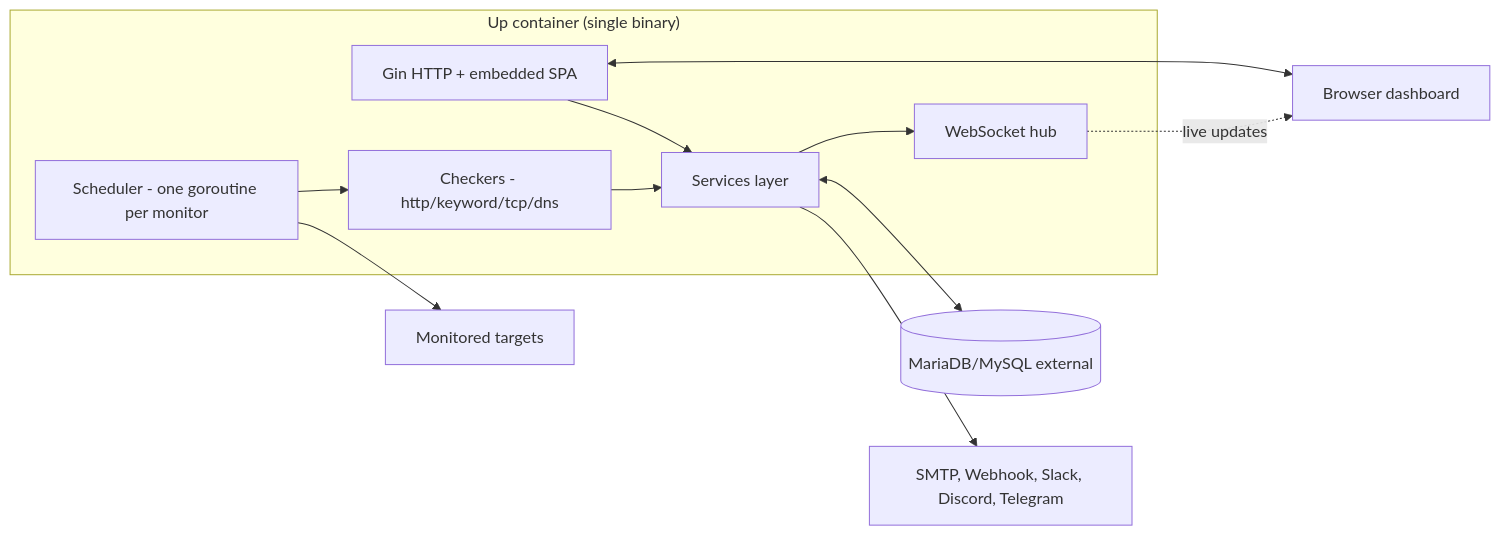
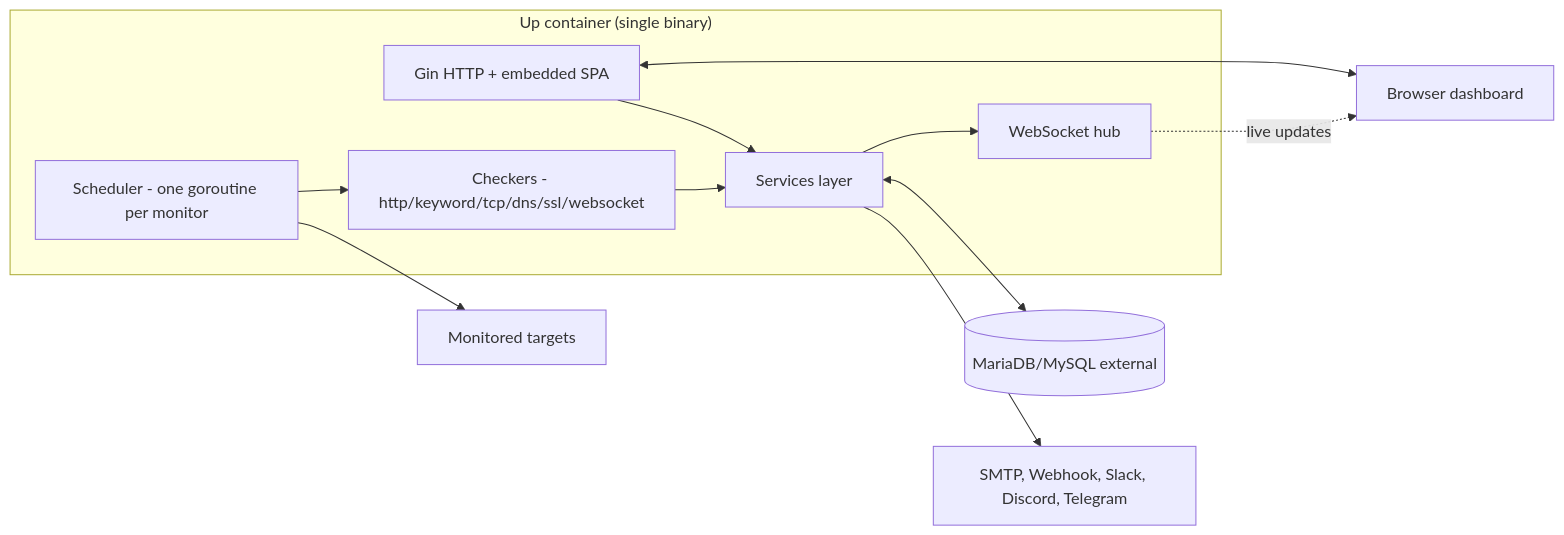
One commit to ivancarlosti/up changed the second of 3 diagrams in docs/architecture.md. Above: the diagram before and after it, drawn with Mermaid. The commit also changed other lines of this file and 51 other files, not shown here.

````diff
--- a/docs/architecture.md
+++ b/docs/architecture.md
@@ -137,19 +137,19 @@
 ```mermaid
 flowchart LR
   subgraph Container["Up container (single binary)"]
     SCH[Scheduler - one goroutine per monitor]
-    CHK[Checkers - http/keyword/tcp/dns]
+    CHK[Checkers - http/keyword/tcp/dns/ssl/websocket]
     SVC[Services layer]
     API[Gin HTTP + embedded SPA]
     WSH[WebSocket hub]
     SCH --> CHK --> SVC
     API --> SVC
     SVC --> WSH
   end
   DB[(MariaDB/MySQL external)]
   SVC <--> DB
   WSH -. live updates .-> BROWSER[Browser dashboard]
   API <--> BROWSER
   SCH --> EXT[Monitored targets]
   SVC --> NOTIF[SMTP, Webhook, Slack, Discord, Telegram]
 ```
````
